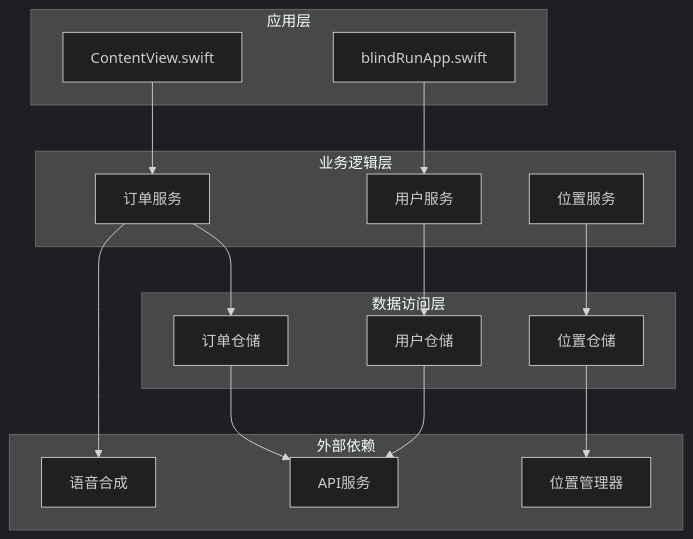
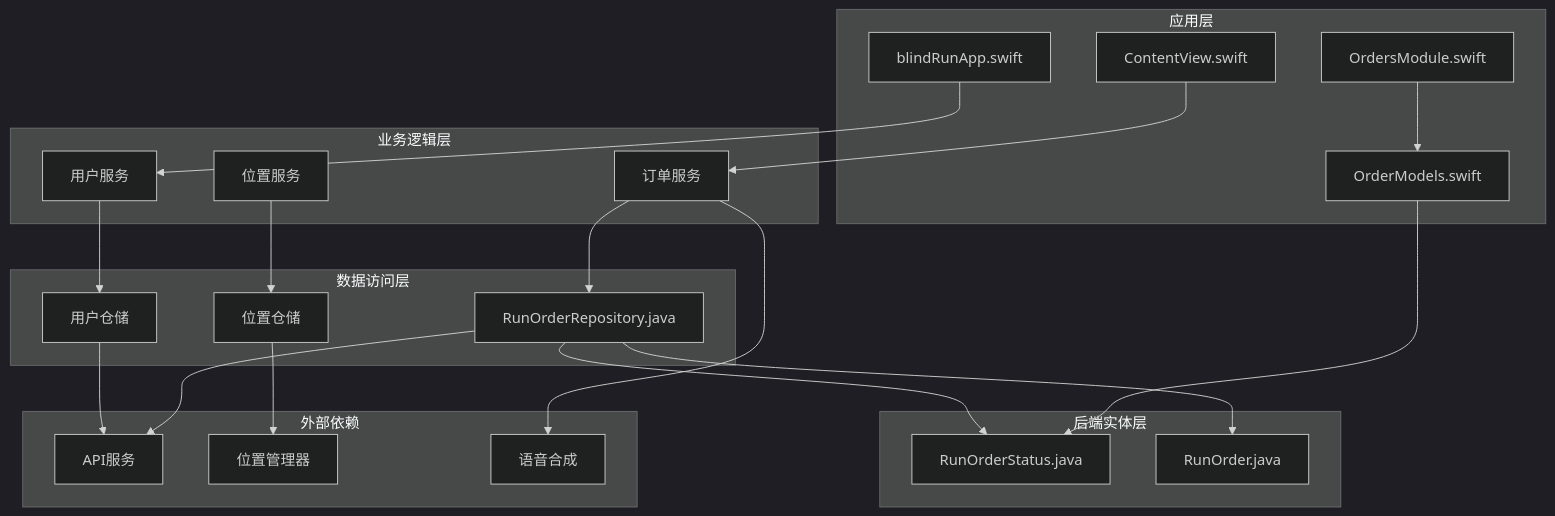
One commit to Jayden23018/blind-run-ios changed diagram 11 of 12 in .qoder/repowiki/zh/content/核心功能模块/订单生命周期管理.md. Above: the diagram before and after it, drawn with Mermaid (dark theme). The commit also changed other lines of this file and 35 other files, not shown here.

Commit message:
Implement backend auth and role-switch flow

````diff
--- a/.qoder/repowiki/zh/content/核心功能模块/订单生命周期管理.md
+++ b/.qoder/repowiki/zh/content/核心功能模块/订单生命周期管理.md
@@ -368,31 +499,41 @@
 ```mermaid
 graph TB
 subgraph "应用层"
 ContentView[ContentView.swift]
 blindRunApp[blindRunApp.swift]
+OrderModels[OrderModels.swift]
+OrdersModule[OrdersModule.swift]
 end
 subgraph "业务逻辑层"
 OrderService[订单服务]
 UserService[用户服务]
 LocationService[位置服务]
 end
 subgraph "数据访问层"
-OrderRepository[订单仓储]
+OrderRepository[RunOrderRepository.java]
 UserRepository[用户仓储]
 LocationRepository[位置仓储]
+end
+subgraph "后端实体层"
+OrderStatusEnum[RunOrderStatus.java]
+OrderEntity[RunOrder.java]
 end
 subgraph "外部依赖"
 APIService[API服务]
 LocationManager[位置管理器]
 SpeechSynthesizer[语音合成]
 end
 ContentView --> OrderService
 blindRunApp --> UserService
+OrderModels --> OrderStatusEnum
+OrdersModule --> OrderModels
 OrderService --> OrderRepository
 UserService --> UserRepository
 LocationService --> LocationRepository
+OrderRepository --> OrderStatusEnum
+OrderRepository --> OrderEntity
 OrderRepository --> APIService
 UserRepository --> APIService
 LocationRepository --> LocationManager
 OrderService --> SpeechSynthesizer
 ```
````
